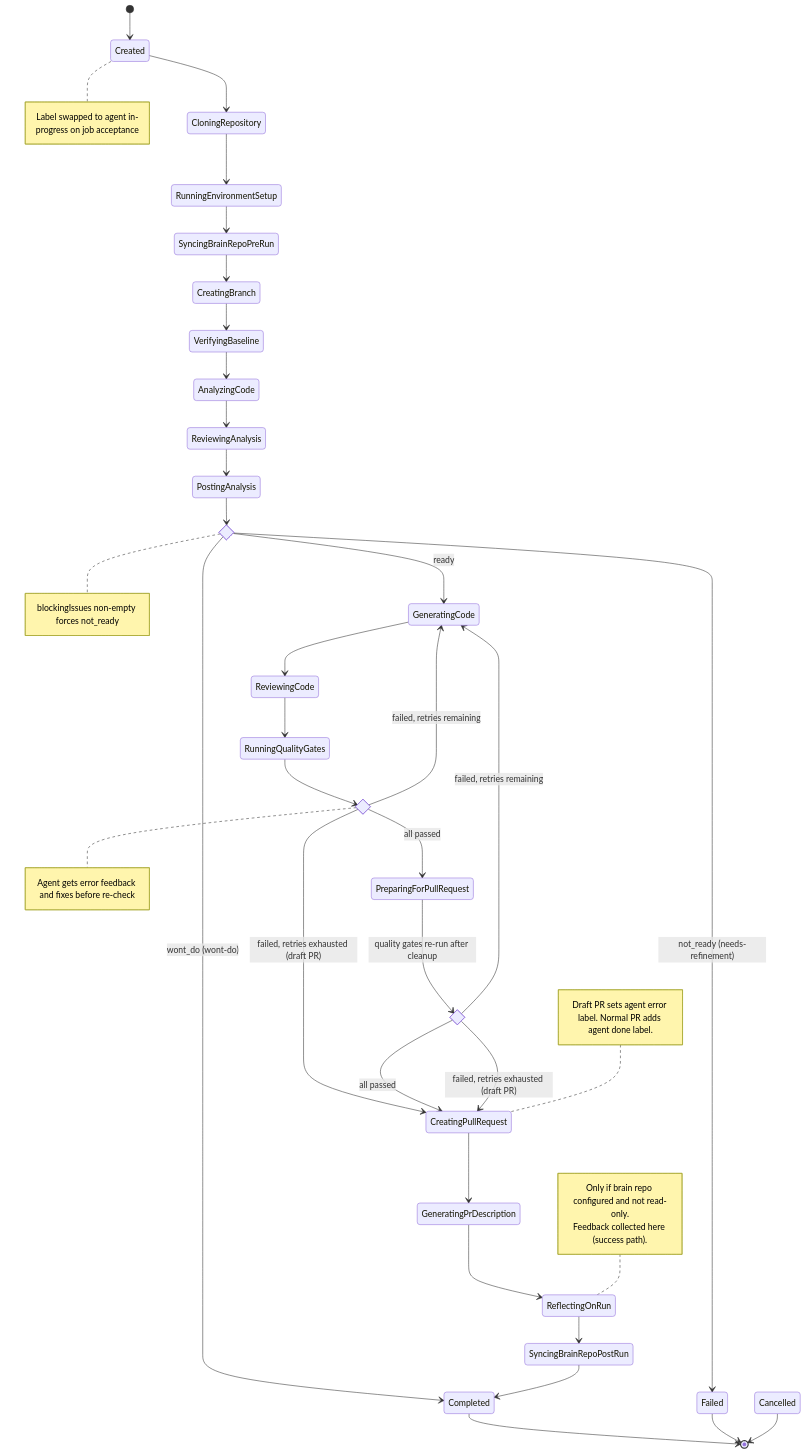
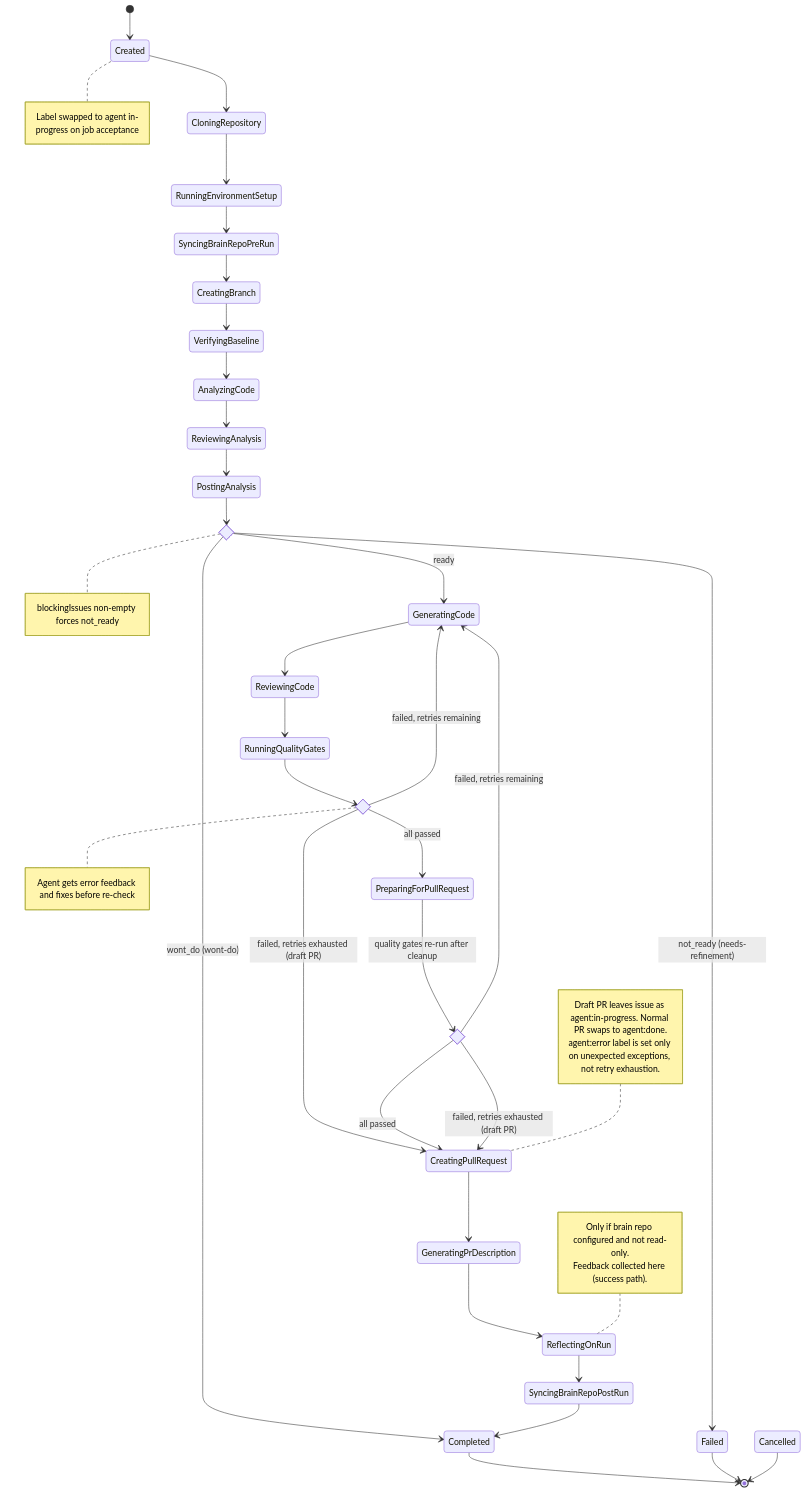
One commit to Chemsorly/coding-agent-automation changed the first of 9 diagrams in docs/pipeline-orchestration.md. Above: the diagram before and after it, drawn with Mermaid. The commit also changed other lines of this file and 4 other files, not shown here.

````diff
--- a/docs/pipeline-orchestration.md
+++ b/docs/pipeline-orchestration.md
@@ -41,60 +41,61 @@
 ```mermaid
 stateDiagram-v2
     direction TB
 
     [*] --> Created
     Created --> CloningRepository
     CloningRepository --> RunningEnvironmentSetup
     RunningEnvironmentSetup --> SyncingBrainRepoPreRun
     SyncingBrainRepoPreRun --> CreatingBranch
     CreatingBranch --> VerifyingBaseline
     VerifyingBaseline --> AnalyzingCode
     AnalyzingCode --> ReviewingAnalysis
     ReviewingAnalysis --> PostingAnalysis
 
     state ConfidenceGate <<choice>>
     PostingAnalysis --> ConfidenceGate
     ConfidenceGate --> GeneratingCode : ready
     ConfidenceGate --> Failed : not_ready (needs-refinement)
     ConfidenceGate --> Completed : wont_do (wont-do)
     GeneratingCode --> ReviewingCode
     ReviewingCode --> RunningQualityGates
 
     state QualityGateDecision <<choice>>
     RunningQualityGates --> QualityGateDecision
     QualityGateDecision --> PreparingForPullRequest : all passed
     QualityGateDecision --> GeneratingCode : failed, retries remaining
     QualityGateDecision --> CreatingPullRequest : failed, retries exhausted (draft PR)
 
     state FinalQualityCheck <<choice>>
     PreparingForPullRequest --> FinalQualityCheck : quality gates re-run after cleanup
     FinalQualityCheck --> CreatingPullRequest : all passed
     FinalQualityCheck --> GeneratingCode : failed, retries remaining
     FinalQualityCheck --> CreatingPullRequest : failed, retries exhausted (draft PR)
 
     CreatingPullRequest --> GeneratingPrDescription
     GeneratingPrDescription --> ReflectingOnRun
     ReflectingOnRun --> SyncingBrainRepoPostRun
     SyncingBrainRepoPostRun --> Completed
 
     Completed --> [*]
     Failed --> [*]
     Cancelled --> [*]
 
     note right of Created
         Label swapped to agent in-progress on job acceptance
     end note
     note right of ConfidenceGate
         blockingIssues non-empty forces not_ready
     end note
     note right of QualityGateDecision
         Agent gets error feedback and fixes before re-check
     end note
     note left of CreatingPullRequest
-        Draft PR sets agent error label. Normal PR adds agent done label.
+        Draft PR leaves issue as agent:in-progress. Normal PR swaps to agent:done.
+        agent:error label is set only on unexpected exceptions, not retry exhaustion.
     end note
     note left of ReflectingOnRun
         Only if brain repo configured and not read-only.
         Feedback collected here (success path).
     end note
 ```
````
